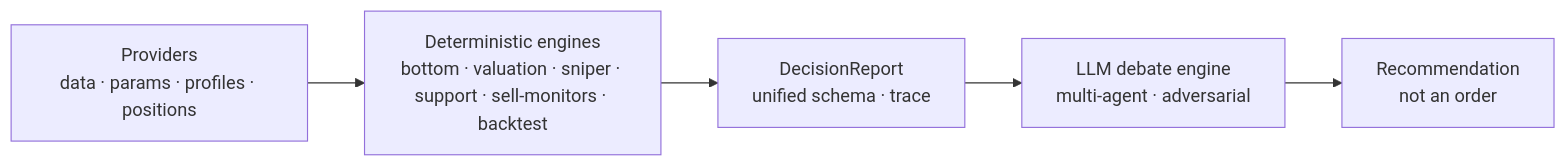
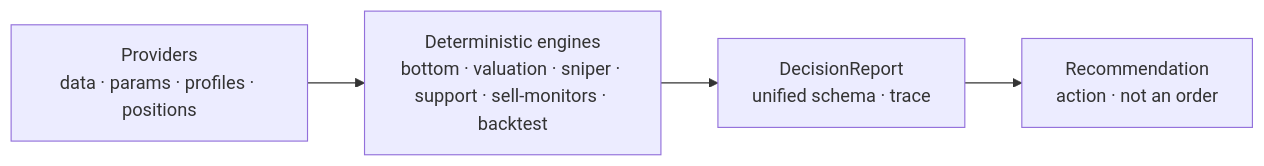
Before and after one commit to edge2012/GrinderAlpha: the first of 2 diagrams in README.md, drawn with Mermaid. The commit also changed other lines of this file and 1 other file, not shown here.

````diff
--- a/README.md
+++ b/README.md
@@ -80,7 +84,6 @@
 ```mermaid
 flowchart LR
     P["Providers<br/>data · params · profiles · positions"] --> E["Deterministic engines<br/>bottom · valuation · sniper · support · sell-monitors · backtest"]
     E --> R["DecisionReport<br/>unified schema · trace"]
-    R --> D["LLM debate engine<br/>multi-agent · adversarial"]
-    D --> O["Recommendation<br/>not an order"]
+    R --> O["Recommendation<br/>action · not an order"]
 ```
````
